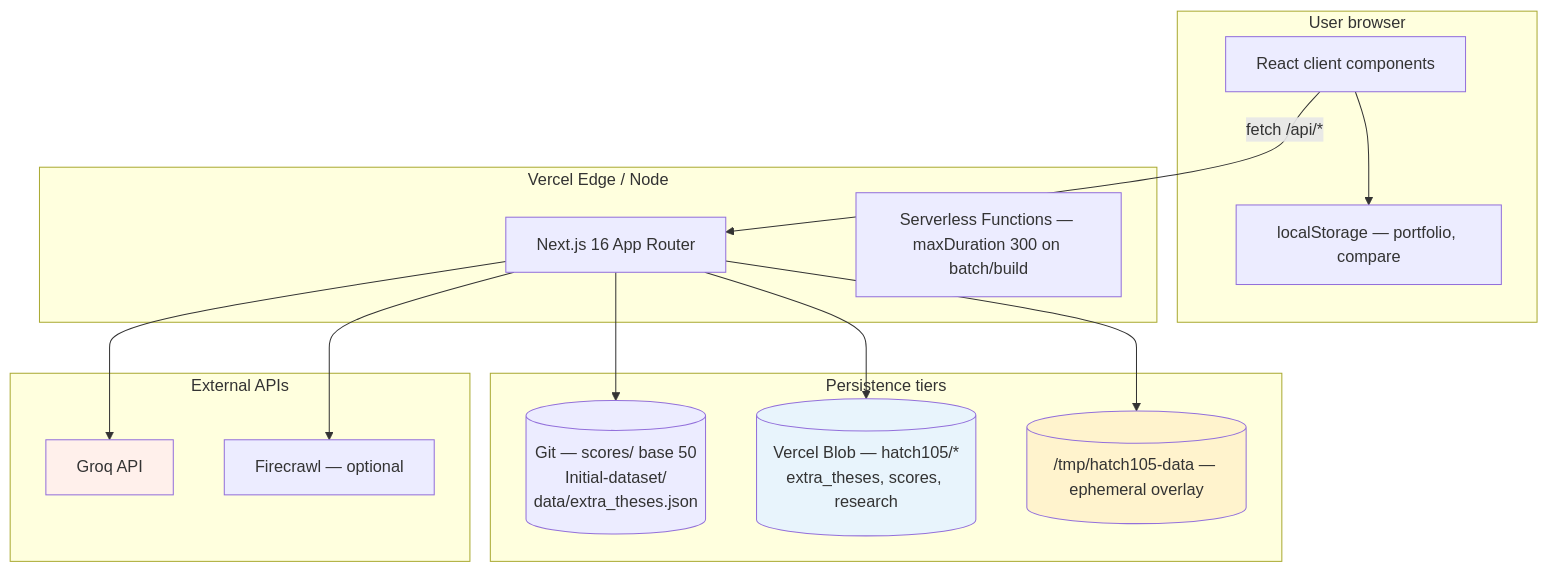
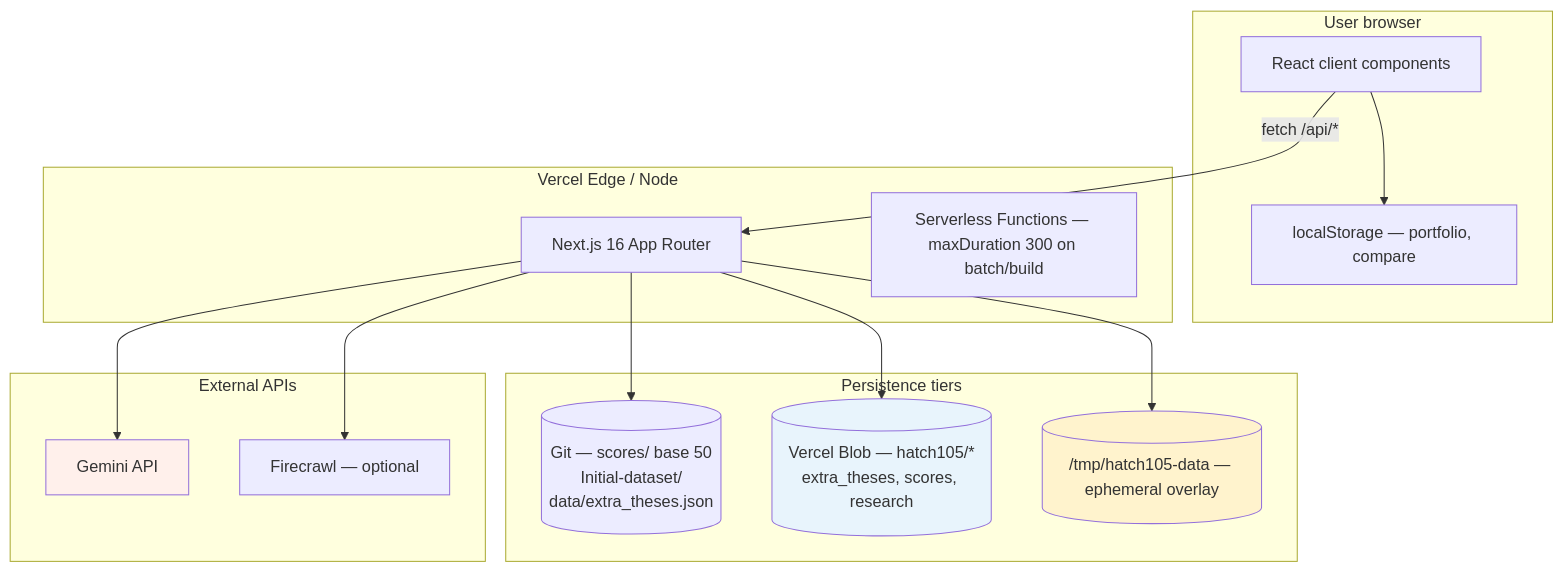
One commit to Manoj7ar/Hatch105-Project changed the fifth of 31 diagrams in README.md. Above: the diagram before and after it, drawn with Mermaid. The commit also changed other lines of this file and 47 other files, not shown here.

````diff
--- a/README.md
+++ b/README.md
@@ -186,35 +177,35 @@
 ```mermaid
 flowchart TB
   subgraph Browser["User browser"]
     React[React client components]
     LS[localStorage — portfolio, compare]
   end
 
   subgraph Vercel["Vercel Edge / Node"]
     Next[Next.js 16 App Router]
     Fn[Serverless Functions — maxDuration 300 on batch/build]
   end
 
   subgraph Storage["Persistence tiers"]
     Repo[(Git — scores/ base 50\nInitial-dataset/\ndata/extra_theses.json)]
   Blob[(Vercel Blob — hatch105/*\nextra_theses, scores, research)]
     Tmp[(/tmp/hatch105-data — ephemeral overlay)]
   end
 
   subgraph External["External APIs"]
-    GroqAPI[Groq API]
+    GroqAPI[Gemini API]
     FC[Firecrawl — optional]
   end
 
   React -->|fetch /api/*| Next
   Next --> Repo
   Next --> Blob
   Next --> Tmp
   Next --> GroqAPI
   Next --> FC
   React --> LS
 
   style Blob fill:#e8f4fc
   style Tmp fill:#fff3cd
   style GroqAPI fill:#fff0eb
 ```
````
